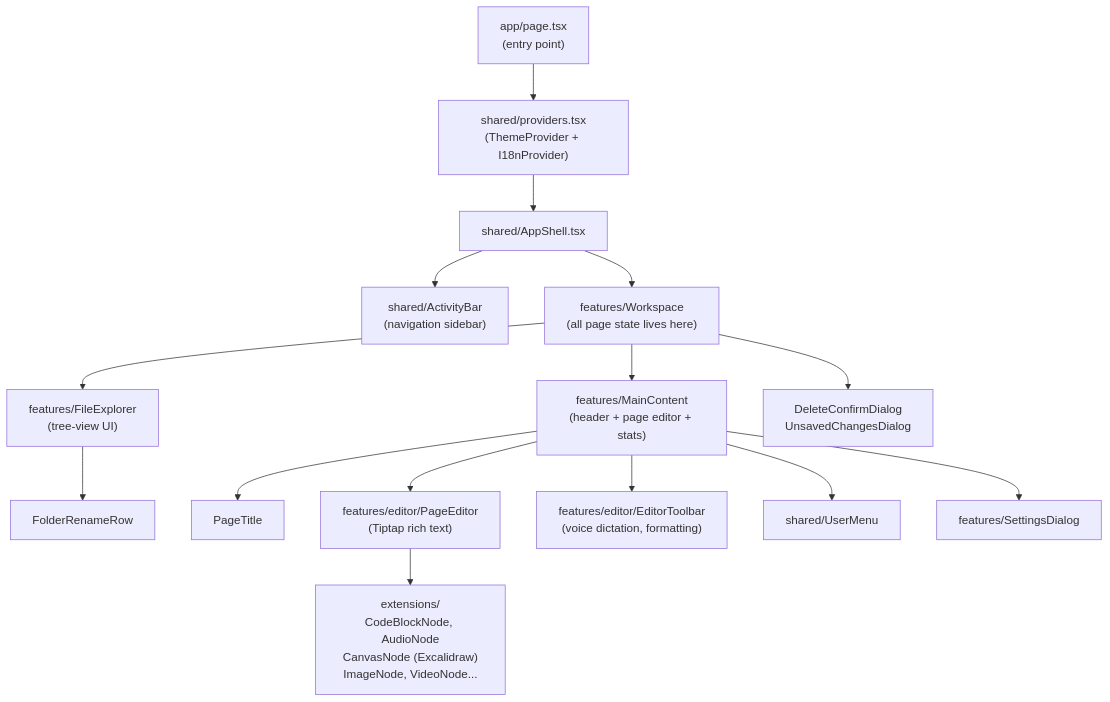
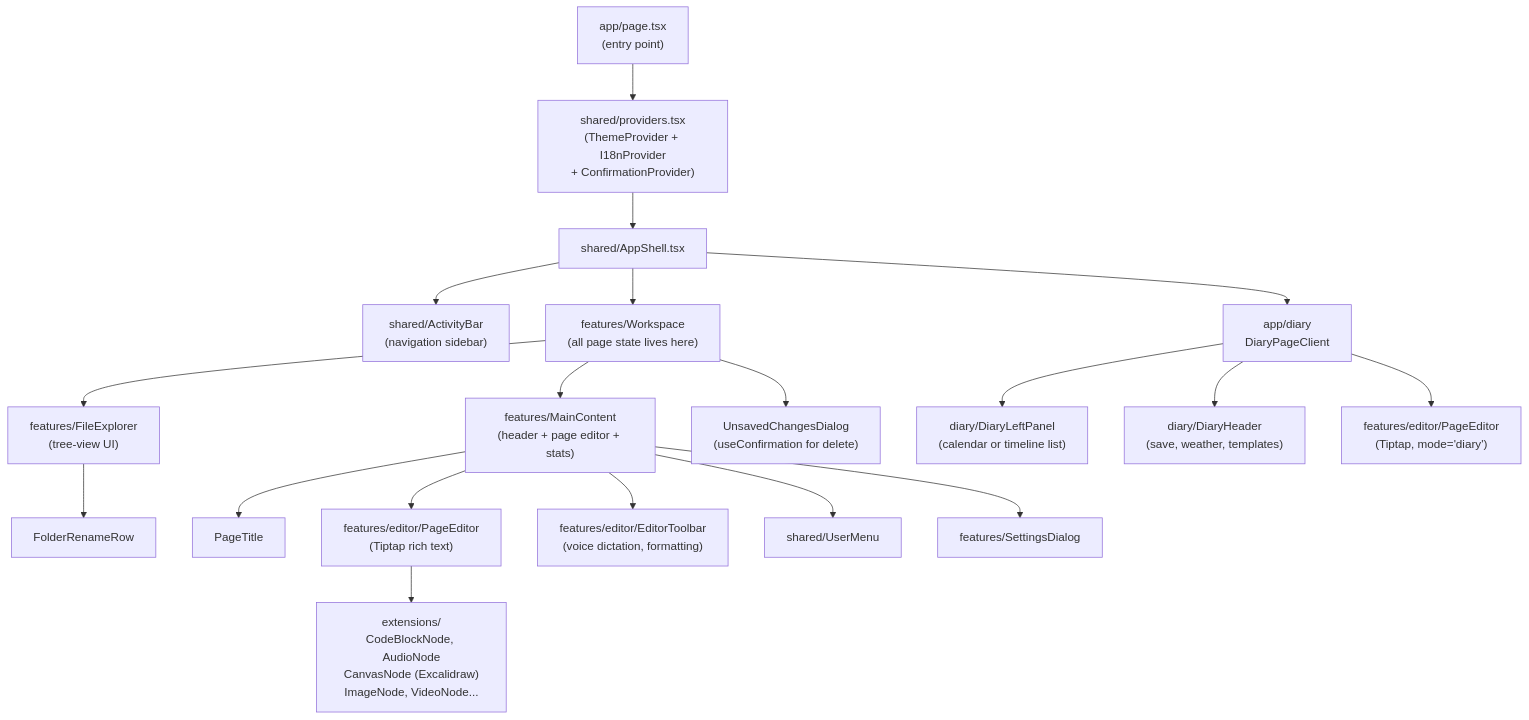
Before and after one commit to Ligred/devTree: the second of 20 diagrams in docs/ARCHITECTURE.md, drawn with Mermaid. The commit also changed other lines of this file and 7 other files, not shown here.

````diff
--- a/docs/ARCHITECTURE.md
+++ b/docs/ARCHITECTURE.md
@@ -76,22 +76,27 @@
 ```mermaid
 graph TD
     App["app/page.tsx\n(entry point)"]
-    App --> Providers["shared/providers.tsx\n(ThemeProvider + I18nProvider)"]
+    App --> Providers["shared/providers.tsx\n(ThemeProvider + I18nProvider\n+ ConfirmationProvider)"]
     Providers --> AppShell["shared/AppShell.tsx"]
     AppShell --> ActivityBar["shared/ActivityBar\n(navigation sidebar)"]
     AppShell --> Workspace["features/Workspace\n(all page state lives here)"]
+    AppShell --> DiaryPageClient["app/diary\nDiaryPageClient"]
 
     Workspace --> FileExplorer["features/FileExplorer\n(tree-view UI)"]
     Workspace --> MainContent["features/MainContent\n(header + page editor + stats)"]
-    Workspace --> Dialogs["DeleteConfirmDialog\nUnsavedChangesDialog"]
+    Workspace --> Dialogs["UnsavedChangesDialog\n(useConfirmation for delete)"]
+
+    DiaryPageClient --> DiaryLeftPanel["diary/DiaryLeftPanel\n(calendar or timeline list)"]
+    DiaryPageClient --> DiaryHeader["diary/DiaryHeader\n(save, weather, templates)"]
+    DiaryPageClient --> PageEditor2["features/editor/PageEditor\n(Tiptap, mode='diary')"]
 
     FileExplorer --> FolderRenameRow
 
     MainContent --> PageTitle
     MainContent --> PageEditor["features/editor/PageEditor\n(Tiptap rich text)"]
     MainContent --> EditorToolbar["features/editor/EditorToolbar\n(voice dictation, formatting)"]
     MainContent --> shared_UserMenu["shared/UserMenu"]
     MainContent --> SettingsDialog["features/SettingsDialog"]
 
     PageEditor --> Extensions["extensions/\nCodeBlockNode, AudioNode\nCanvasNode (Excalidraw)\nImageNode, VideoNode..."]
 ```
````
